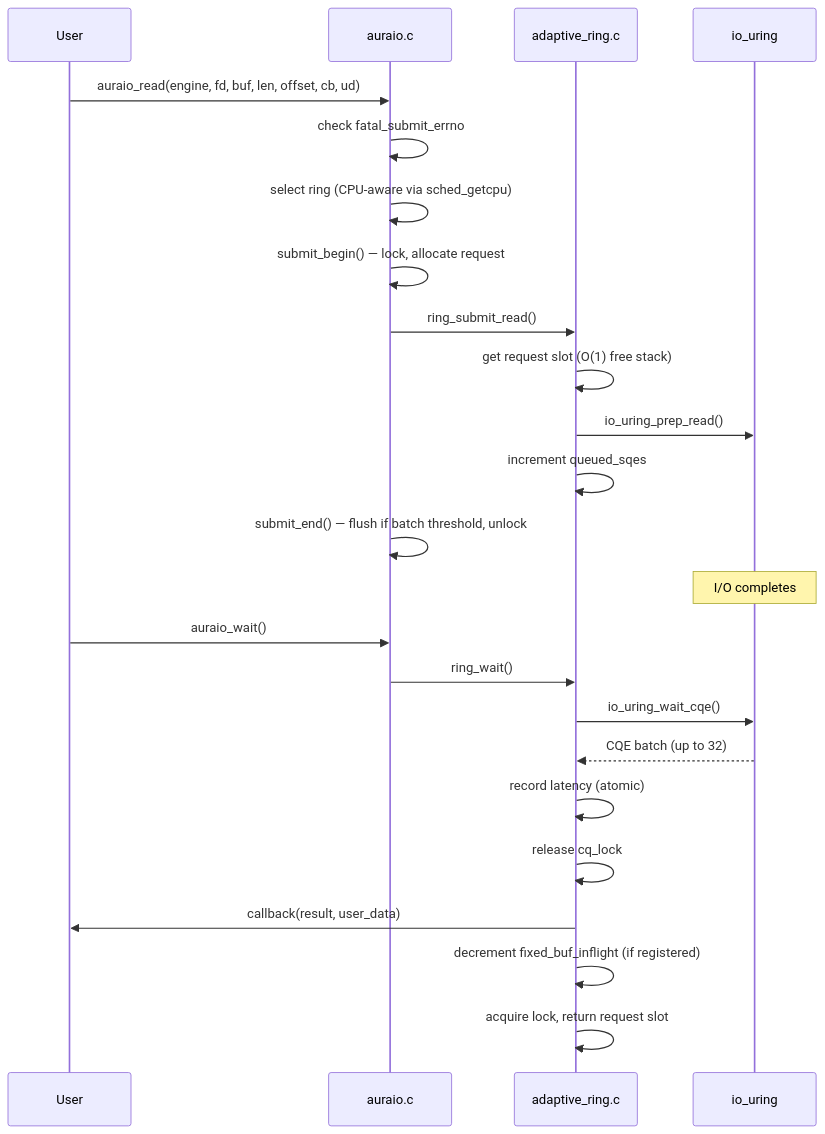
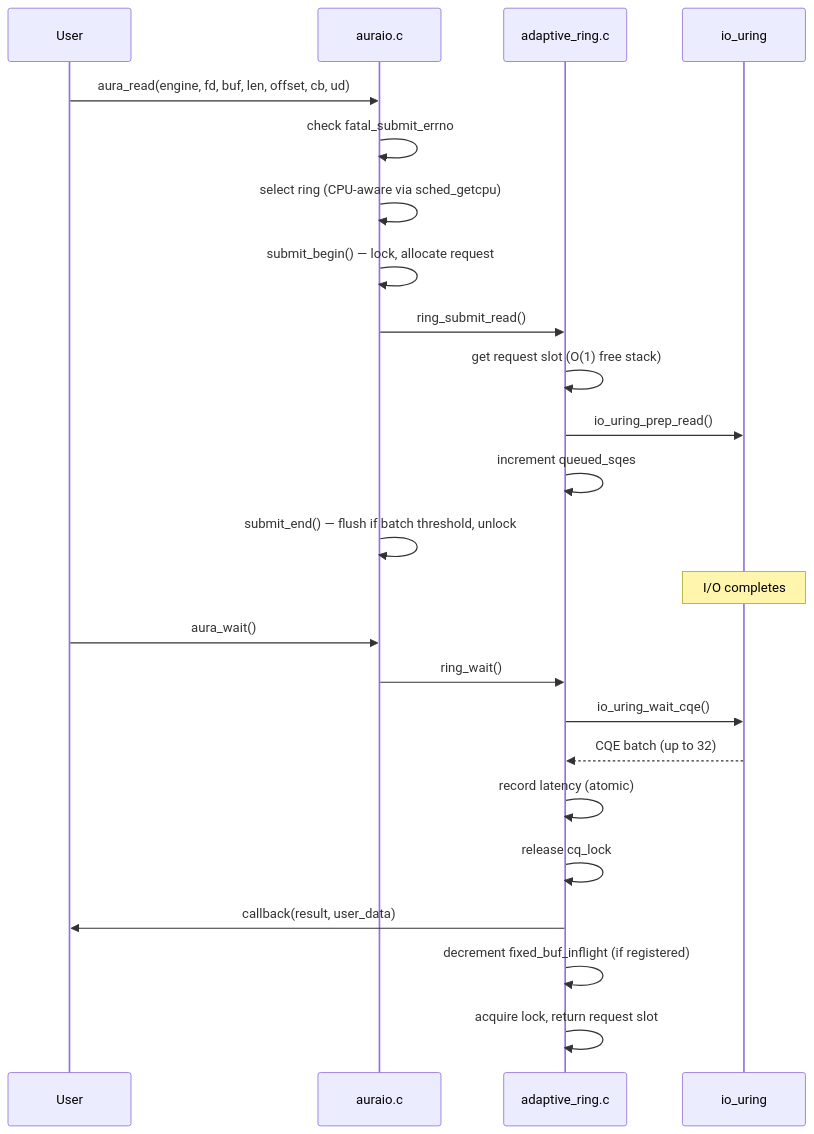
The second of 5 diagrams in docs/CODEBASE_MAP.md (Par-B/AuraIO), drawn with Mermaid before and after one commit. The commit also changed other lines of this file and 156 other files, not shown here.

First line of the commit message:
rename: auraio_ → aura_ prefix across entire API

````diff
--- a/docs/CODEBASE_MAP.md
+++ b/docs/CODEBASE_MAP.md
@@ -793,29 +942,29 @@
 ```mermaid
 sequenceDiagram
     participant User
     participant API as auraio.c
     participant Ring as adaptive_ring.c
     participant Kernel as io_uring
 
-    User->>API: auraio_read(engine, fd, buf, len, offset, cb, ud)
+    User->>API: aura_read(engine, fd, buf, len, offset, cb, ud)
     API->>API: check fatal_submit_errno
     API->>API: select ring (CPU-aware via sched_getcpu)
     API->>API: submit_begin() — lock, allocate request
     API->>Ring: ring_submit_read()
     Ring->>Ring: get request slot (O(1) free stack)
     Ring->>Kernel: io_uring_prep_read()
     Ring->>Ring: increment queued_sqes
     API->>API: submit_end() — flush if batch threshold, unlock
 
     Note over Kernel: I/O completes
 
-    User->>API: auraio_wait()
+    User->>API: aura_wait()
     API->>Ring: ring_wait()
     Ring->>Kernel: io_uring_wait_cqe()
     Kernel-->>Ring: CQE batch (up to 32)
     Ring->>Ring: record latency (atomic)
     Ring->>Ring: release cq_lock
     Ring->>User: callback(result, user_data)
     Ring->>Ring: decrement fixed_buf_inflight (if registered)
     Ring->>Ring: acquire lock, return request slot
 ```
````
